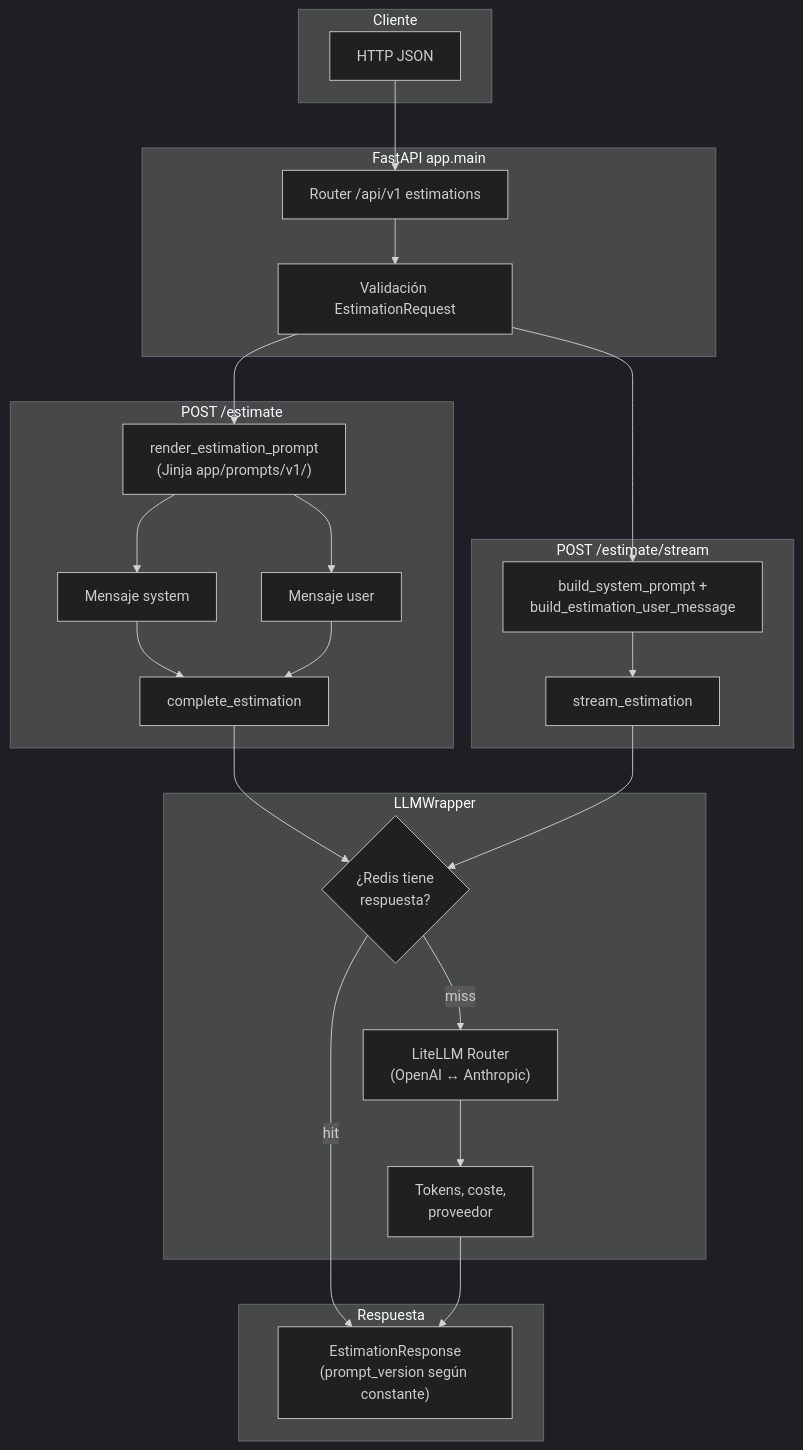
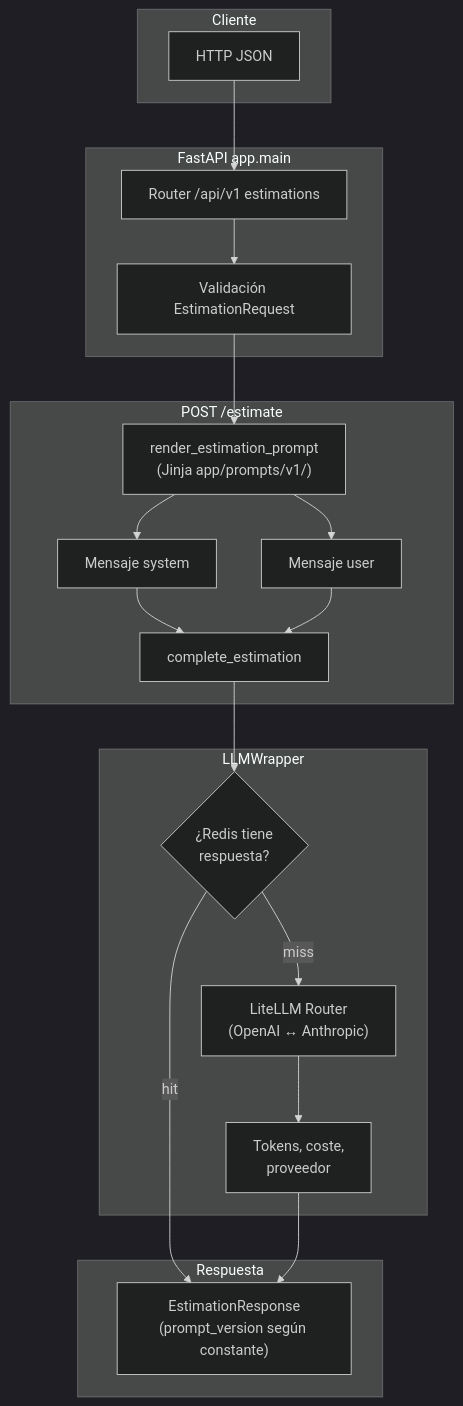
The diagram in README.md (rcalcaraz/estimador-cag), drawn with Mermaid (dark theme) before and after one commit. The commit also changed other lines of this file and 6 other files, not shown here.

````diff
--- a/README.md
+++ b/README.md
@@ -100,49 +100,41 @@
 ```mermaid
 flowchart TD
   subgraph cliente["Cliente"]
     C[HTTP JSON]
   end
 
   subgraph api["FastAPI app.main"]
     R["Router /api/v1 estimations"]
     V["Validación EstimationRequest"]
   end
 
   subgraph sync["POST /estimate"]
     J["render_estimation_prompt\n(Jinja app/prompts/v1/)"]
     SYS["Mensaje system"]
     USR["Mensaje user"]
     CE["complete_estimation"]
-  end
-
-  subgraph stream["POST /estimate/stream"]
-    B["build_system_prompt +\nbuild_estimation_user_message"]
-    ST["stream_estimation"]
   end
 
   subgraph llm["LLMWrapper"]
     CACHE{"¿Redis tiene\nrespuesta?"}
     MISS["LiteLLM Router\n(OpenAI ↔ Anthropic)"]
     NORM["Tokens, coste,\nproveedor"]
   end
 
   subgraph salida["Respuesta"]
     ER["EstimationResponse\n(prompt_version según constante)"]
   end
 
   C --> R --> V
 
   V --> J
   J --> SYS
   J --> USR
   SYS --> CE
   USR --> CE
 
-  V --> B --> ST
-
   CE --> CACHE
-  ST --> CACHE
 
   CACHE -->|hit| ER
   CACHE -->|miss| MISS --> NORM --> ER
 ```
````
